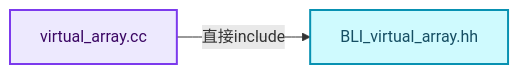
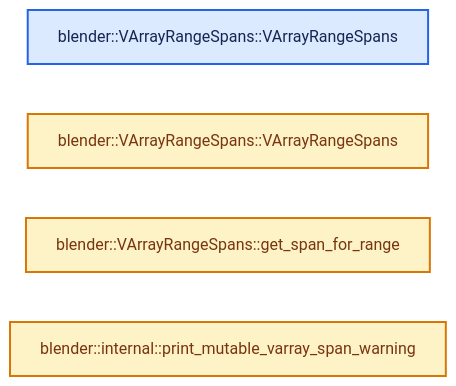
Before and after one commit to yunkezengren/blender-.vscode: the second of 4 diagrams in 杂/markdown/全面学习-codex/04-虚拟数组与索引选择/06-切片与物化.md, drawn with Mermaid. The commit also changed other lines of this file and 1930 other files, not shown here.

````diff
--- a/杂/markdown/全面学习-codex/04-虚拟数组与索引选择/06-切片与物化.md
+++ b/杂/markdown/全面学习-codex/04-虚拟数组与索引选择/06-切片与物化.md
@@ -86,12 +46,13 @@
 ```mermaid
 flowchart LR
-  S["virtual_array.cc"]:::abstraction
-  I0["BLI_virtual_array.hh"]:::data
-  S -->|"直接include"| I0
+  F0["blender::VArrayRangeSpans::VArrayRangeSpans"]:::input
+  F1["blender::VArrayRangeSpans::VArrayRangeSpans"]:::compute
+  F2["blender::VArrayRangeSpans::get_span_for_range"]:::compute
+  F3["blender::internal::print_mutable_varray_span_warning"]:::compute
   classDef input fill:#DBEAFE,stroke:#2563EB,color:#172554,stroke-width:2px;
   classDef data fill:#CFFAFE,stroke:#0891B2,color:#164E63,stroke-width:2px;
   classDef abstraction fill:#EDE9FE,stroke:#7C3AED,color:#3B0764,stroke-width:2px;
   classDef compute fill:#FEF3C7,stroke:#D97706,color:#78350F,stroke-width:2px;
   classDef result fill:#DCFCE7,stroke:#16A34A,color:#14532D,stroke-width:2px;
   classDef error fill:#FEE2E2,stroke:#DC2626,color:#7F1D1D,stroke-width:2px;
 ```
````
